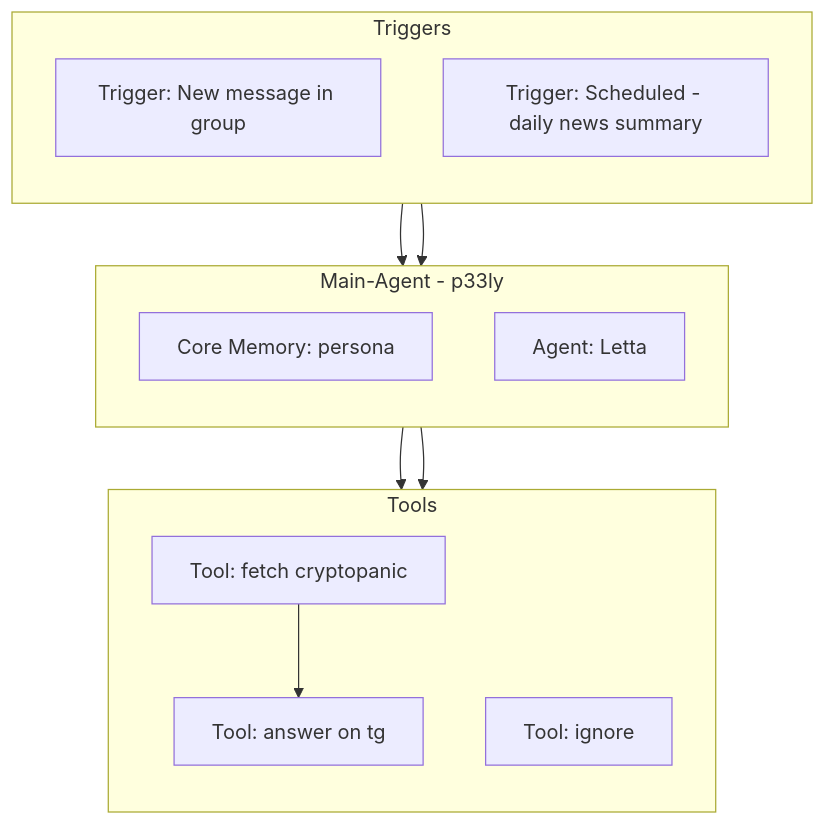
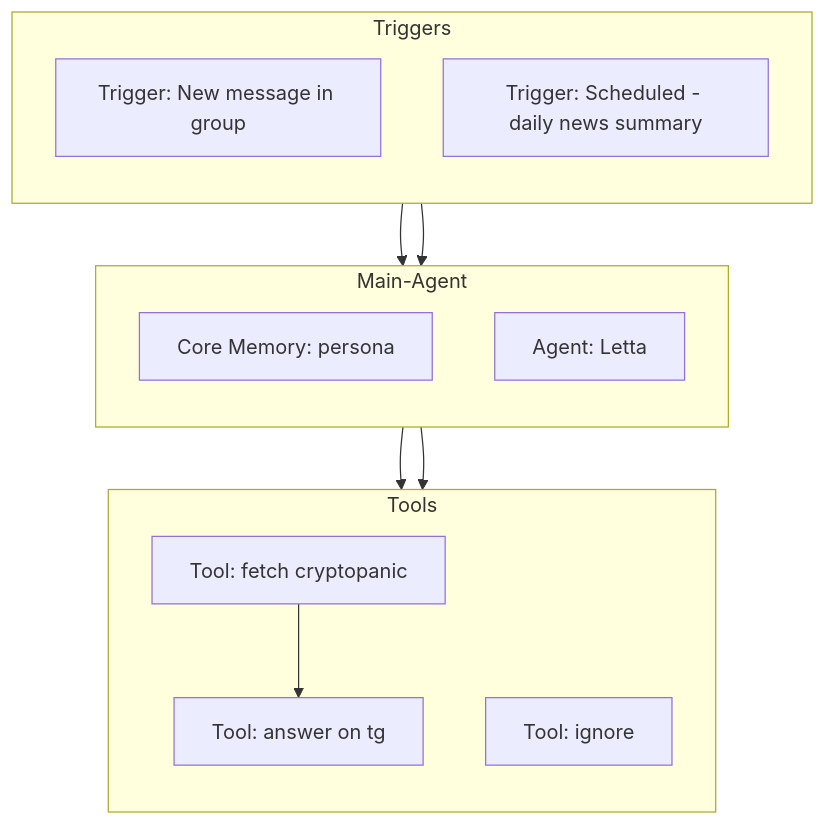
Before and after one commit to 1xBuild/1x-platform: the diagram in docs/flowchart.md, drawn with Mermaid. The commit also changed 1 other file, not shown here.

Commit message:
chore: update agent descriptions for uniformity

````diff
--- a/docs/flowchart.md
+++ b/docs/flowchart.md
@@ -1,26 +1,26 @@
 ```mermaid
 flowchart TD
 
     subgraph Triggers
         direction TB
         A1[Trigger: New message in group]
         A2[Trigger: Scheduled - daily news summary]
     end
     
-    subgraph Main-Agent - p33ly
+    subgraph Main-Agent
         direction TB
         B1[Core Memory: persona]
         B2[Agent: Letta]
     end
     
     subgraph Tools
         direction TB
         C1[Tool: answer on tg]
         C2[Tool: fetch cryptopanic]
         C3[Tool: ignore]
     end
 
     %% Main-Agent triggers
     A1 --> B2 --> C1
     A2 --> B2 --> C2 --> C1
 ```
````
